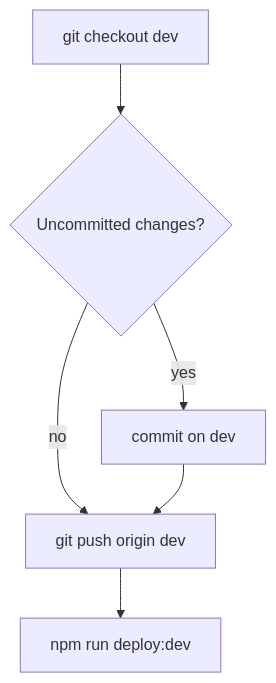
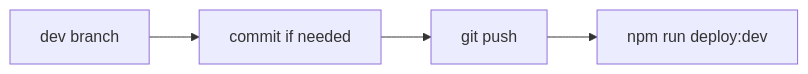
The diagram in .cursor/commands/deploy-dev.md (irynaBilousSPDev/Mudt_new), drawn with Mermaid before and after one commit. The commit also changed other lines of this file and 14 other files, not shown here.

````diff
--- a/.cursor/commands/deploy-dev.md
+++ b/.cursor/commands/deploy-dev.md
@@ -13,8 +5,6 @@
 ```mermaid
-flowchart TD
-  A[git checkout dev] --> B{Uncommitted changes?}
-  B -->|yes| C[commit on dev]
-  B -->|no| D[git push origin dev]
-  C --> D
-  D --> E[npm run deploy:dev]
+flowchart LR
+  A[dev branch] --> B[commit if needed]
+  B --> C[git push]
+  C --> D[npm run deploy:dev]
 ```
````
